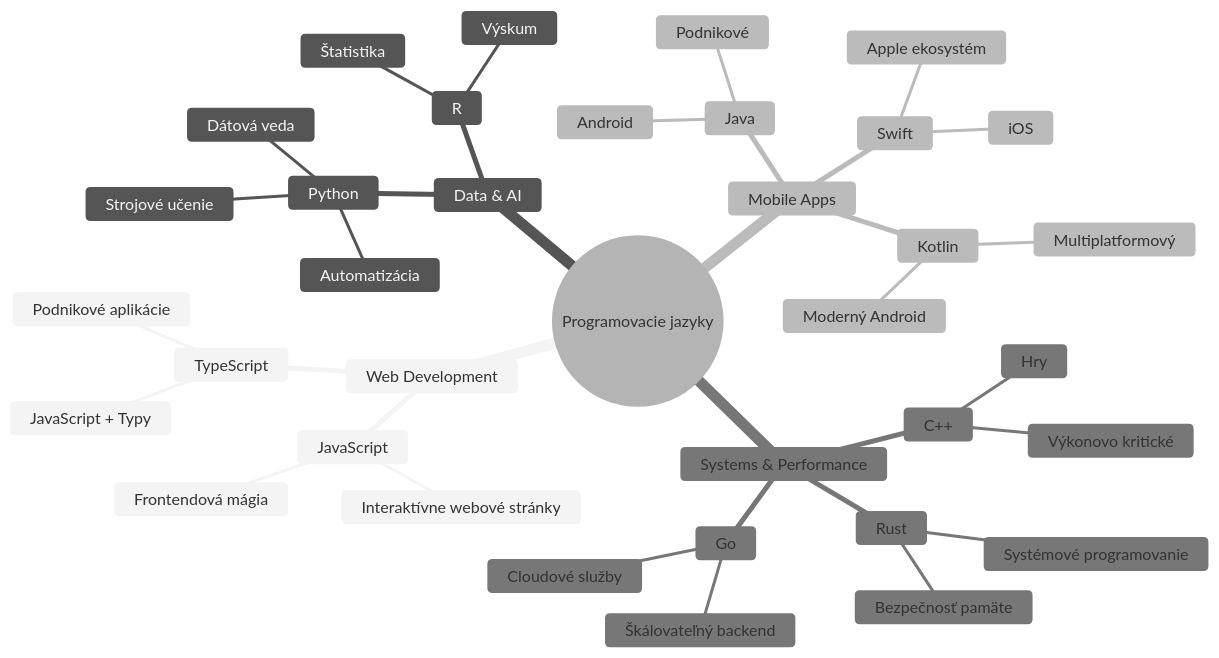
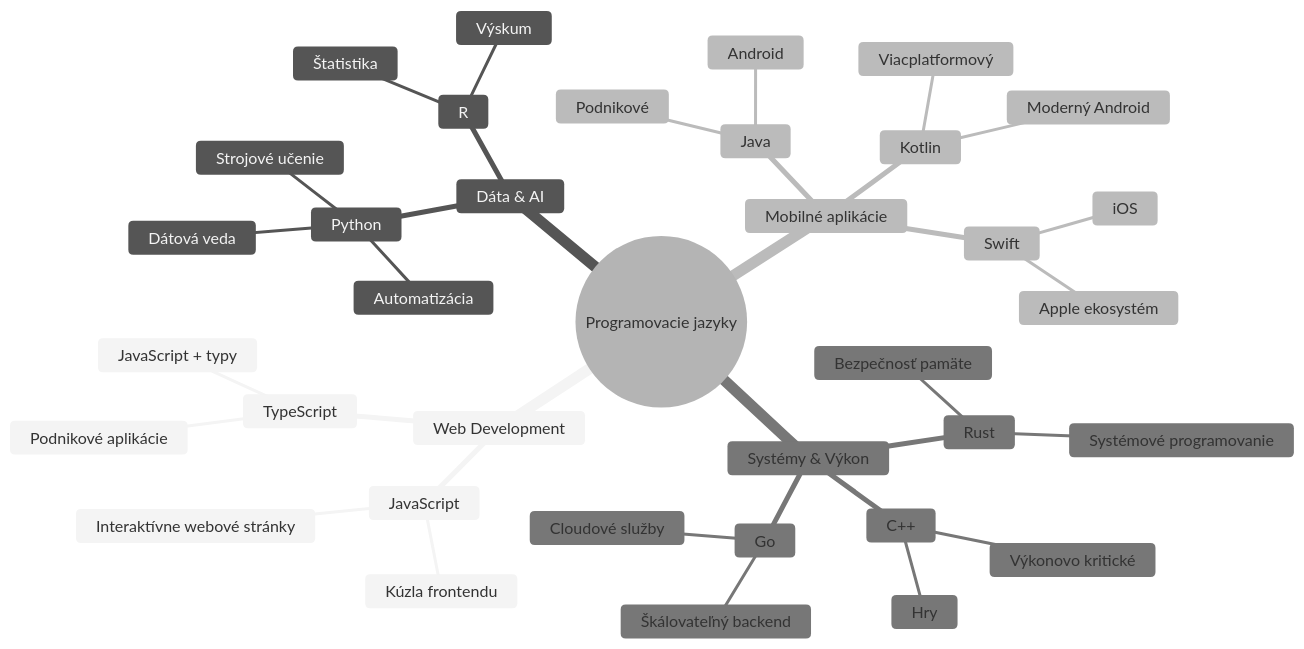
The second of 7 diagrams in translations/sk/1-getting-started-lessons/1-intro-to-programming-languages/README.md (microsoft/Web-Dev-For-Beginners), drawn with Mermaid (neutral theme) before and after one commit. The commit also changed other lines of this file and 8 other files, not shown here.

````diff
--- a/translations/sk/1-getting-started-lessons/1-intro-to-programming-languages/README.md
+++ b/translations/sk/1-getting-started-lessons/1-intro-to-programming-languages/README.md
@@ -85,39 +85,39 @@
 ```mermaid
 mindmap
   root((Programovacie jazyky))
     Web Development
       JavaScript
-        Frontendová mágia
+        Kúzla frontendu
         Interaktívne webové stránky
       TypeScript
-        JavaScript + Typy
+        JavaScript + typy
         Podnikové aplikácie
-    Data & AI
+    Dáta & AI
       Python
         Dátová veda
         Strojové učenie
         Automatizácia
       R
         Štatistika
         Výskum
-    Mobile Apps
+    Mobilné aplikácie
       Java
         Android
         Podnikové
       Swift
         iOS
         Apple ekosystém
       Kotlin
         Moderný Android
-        Multiplatformový
-    Systems & Performance
+        Viacplatformový
+    Systémy & Výkon
       C++
         Hry
         Výkonovo kritické
       Rust
         Bezpečnosť pamäte
         Systémové programovanie
       Go
         Cloudové služby
         Škálovateľný backend
 ```
````
